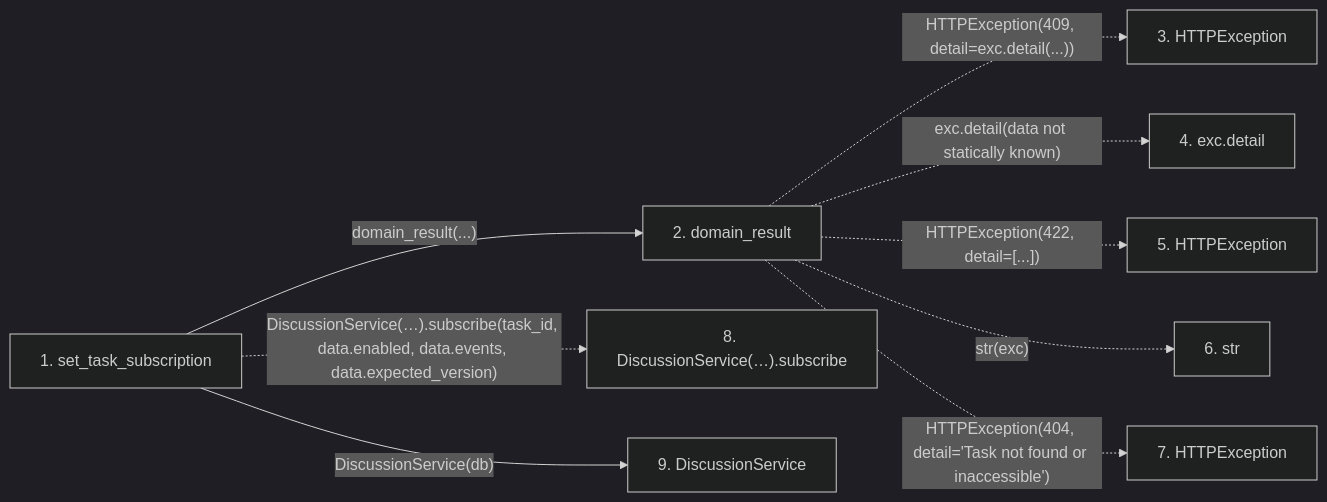
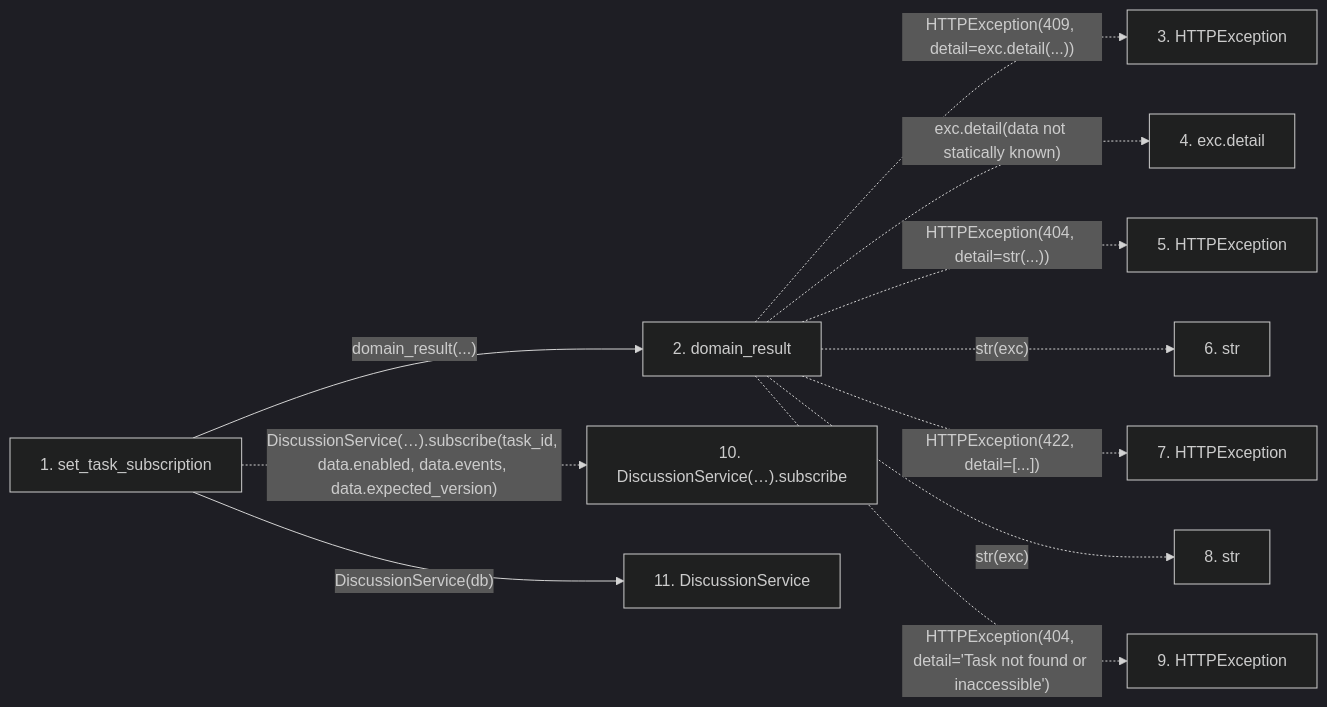
Before and after one commit to Denissvgn/WorkChord: the second of 2 diagrams in docs/llm_wiki/flows/http-set_task_subscription.md, drawn with Mermaid (dark theme). The commit also changed other lines of this file and 6624 other files, not shown here.

````diff
--- a/docs/llm_wiki/flows/http-set_task_subscription.md
+++ b/docs/llm_wiki/flows/http-set_task_subscription.md
@@ -32,23 +34,27 @@
 ```mermaid
 flowchart LR
     s1["1. set_task_subscription"]
     s2["2. domain_result"]
     s3["3. HTTPException"]
     s4["4. exc.detail"]
     s5["5. HTTPException"]
     s6["6. str"]
     s7["7. HTTPException"]
-    s8["8. DiscussionService(…).subscribe"]
-    s9["9. DiscussionService"]
+    s8["8. str"]
+    s9["9. HTTPException"]
+    s10["10. DiscussionService(…).subscribe"]
+    s11["11. DiscussionService"]
     s1 -->|"domain_result(...)"| s2
     s2 -. "HTTPException(409, detail=exc.detail(...))" .-> s3
     s2 -. "exc.detail(data not statically known)" .-> s4
-    s2 -. "HTTPException(422, detail=[...])" .-> s5
+    s2 -. "HTTPException(404, detail=str(...))" .-> s5
     s2 -. "str(exc)" .-> s6
-    s2 -. "HTTPException(404, detail='Task not found or inaccessible')" .-> s7
-    s1 -. "DiscussionService(…).subscribe(task_id, data.enabled, data.events, data.expected_version)" .-> s8
-    s1 -->|"DiscussionService(db)"| s9
+    s2 -. "HTTPException(422, detail=[...])" .-> s7
+    s2 -. "str(exc)" .-> s8
+    s2 -. "HTTPException(404, detail='Task not found or inaccessible')" .-> s9
+    s1 -. "DiscussionService(…).subscribe(task_id, data.enabled, data.events, data.expected_version)" .-> s10
+    s1 -->|"DiscussionService(db)"| s11
     click s1 "../modules/routers_discussion.md"
     click s2 "../modules/routers_task_domain.md"
-    click s9 "../modules/discussion_service.md"
+    click s11 "../modules/discussion_service.md"
 ```
````
